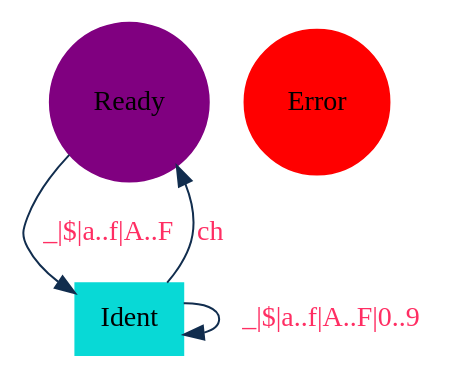
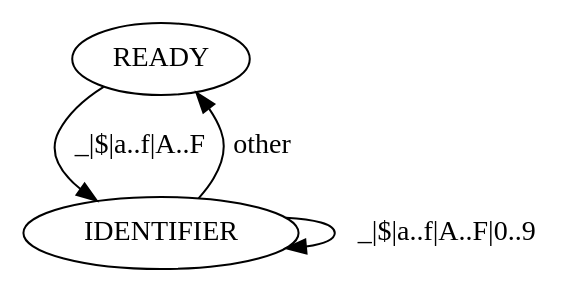
One commit to Echomem/Lett changed the diagram in docs/compiler/asset/dot/Ident.dot. Above: the diagram before and after it, drawn with Graphviz. The commit also changed 10 other files, not shown here.

```diff
--- a/docs/compiler/asset/dot/Ident.dot
+++ b/docs/compiler/asset/dot/Ident.dot
@@ -1,10 +1,9 @@
 // 标识符的识别转换图
-digraph LexcialIdent{
-    Ready   [shape=circle,  fontcolor=black,    fillcolor=purple,       style=filled,   color=purple    ];
-    Error   [shape=circle,  fontcolor=black,    fillcolor=red,          style=filled,   color=red       ];
-    Ident   [shape=box,     fontcolor=black,    fillcolor="#08d9d6",    style=filled,   color="#08d9d6" ];
+digraph LexerIdentifier{
+    READY;
+    IDENTIFIER;
 
-    Ready   ->  Ident       [label="_|$|a..f|A..F",         color="#112d4e",    fontcolor="#ff2e63" ];
-    Ident   ->  Ident       [label="_|$|a..f|A..F|0..9",    color="#112d4e",    fontcolor="#ff2e63" ];
-    Ident   ->  Ready       [label="ch",                    color="#112d4e",    fontcolor="#ff2e63" ];
+    READY       ->  IDENTIFIER  [label="_|$|a..f|A..F"];
+    IDENTIFIER  ->  IDENTIFIER  [label="_|$|a..f|A..F|0..9"];
+    IDENTIFIER  ->  READY       [label="other"];
 }
```
